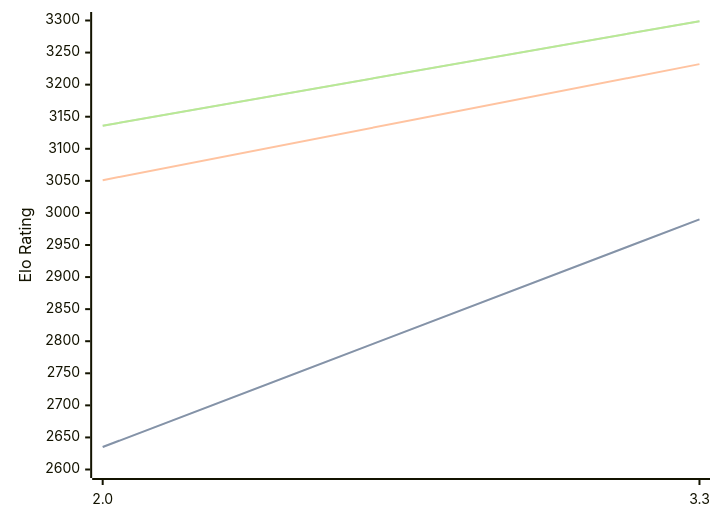
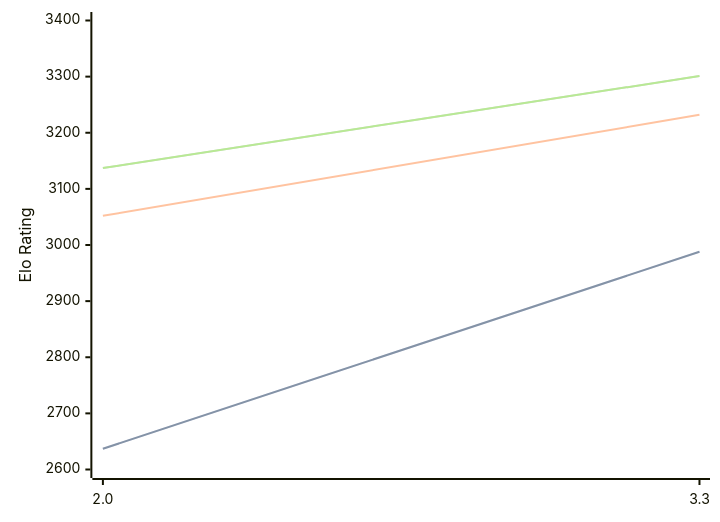
Before and after one commit to computer-chess-index/cci: the diagram in engines/Ceylondemon.md, drawn with Mermaid. The commit also changed other lines of this file, not shown here.

Commit message:
Update CCI Ratings (ELO VLTC) - 2026-10-09

````diff
--- a/engines/Ceylondemon.md
+++ b/engines/Ceylondemon.md
@@ -32,11 +32,11 @@
 ```mermaid
 %%{init: {"theme":"base","themeVariables":{"seriesColors:['#a3a3a3','#222221','#faa371']}}}%%
 xychart-beta
   x-axis ["2.0", "3.3"]
-  y-axis "Elo Rating" 2600 --> 3300
-  line "" [2635, 2990]
-  line "STC (8.0+0.08s)" [2635, 2990]
-  line "LTC (60.0+0.60s)" [3051, 3232]
-  line "" [3136, 3299]
-  line "VLTC (2m24s+1.12s)" [3136, 3299]
+  y-axis "Elo Rating" 2600 --> 3400
+  line "" [2637, 2988]
+  line "STC (8.0+0.08s)" [2637, 2988]
+  line "LTC (60.0+0.60s)" [3052, 3232]
+  line "" [3137, 3301]
+  line "VLTC (2m24s+1.12s)" [3137, 3301]
 ```
````
